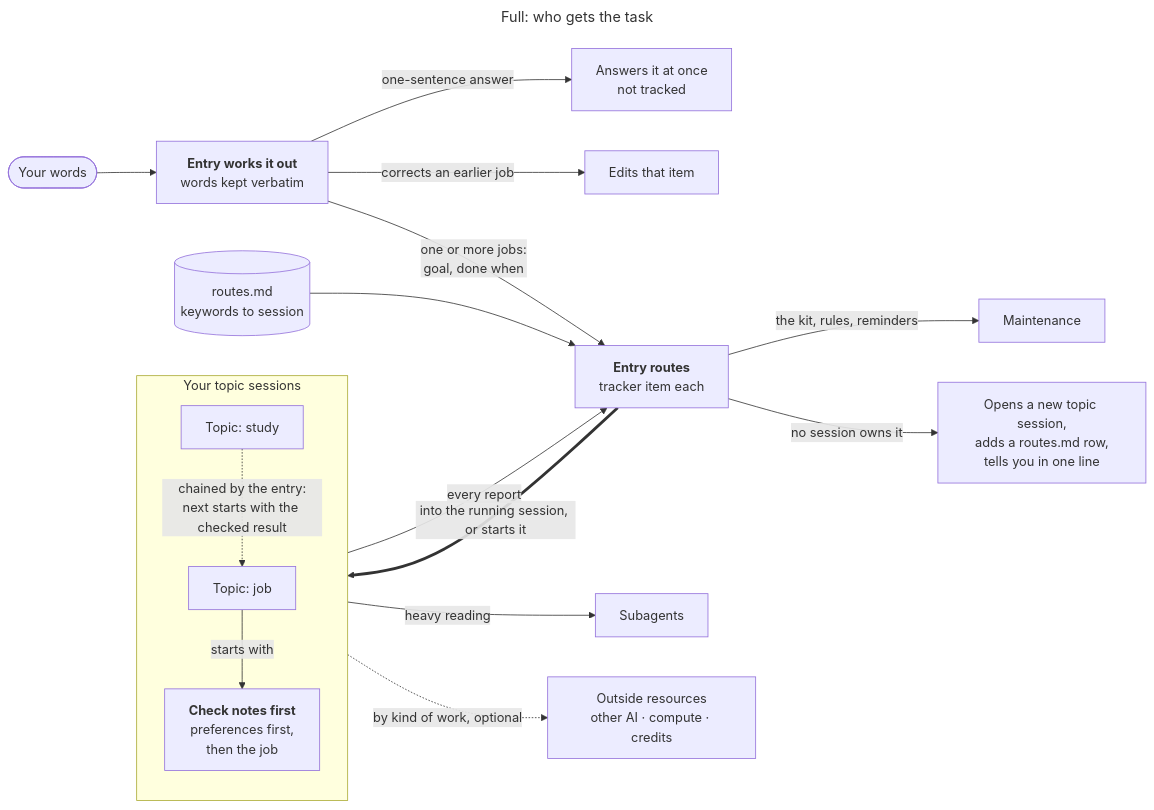
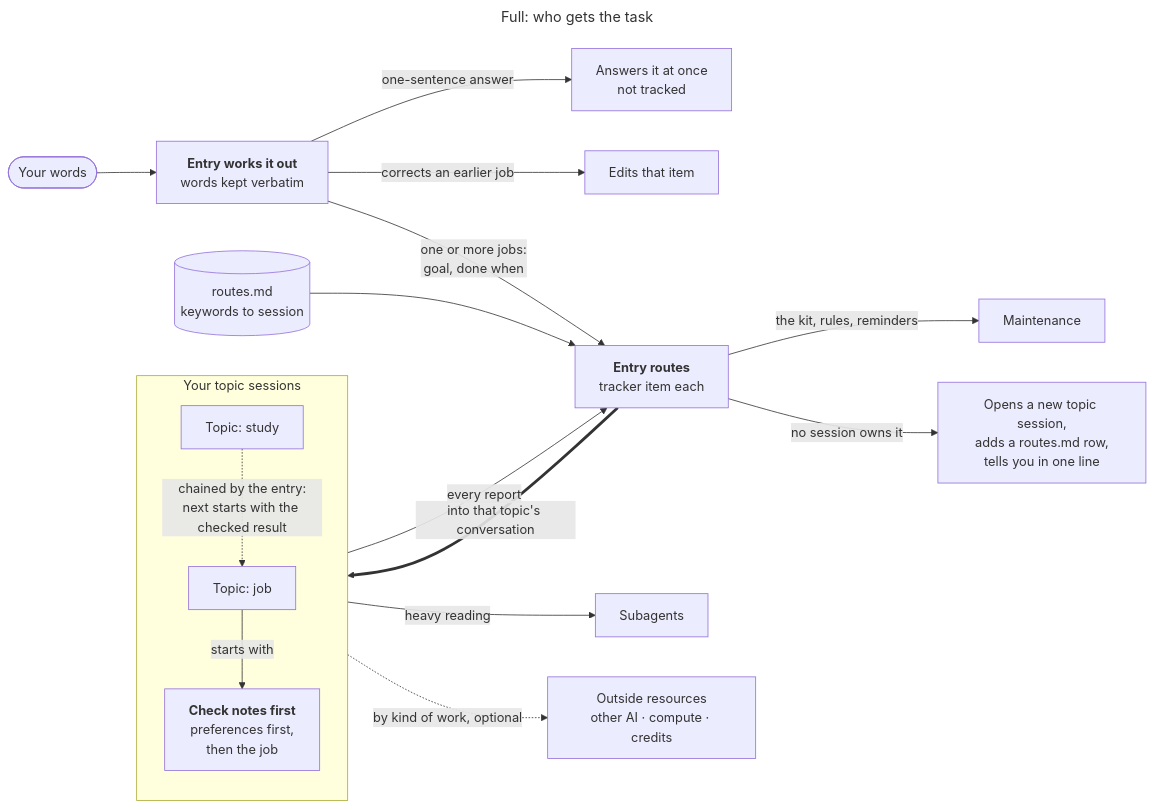
Before and after one commit to 0Smallcat0/second-brain-kit: the third of 6 diagrams in docs/ADVANCED.md, drawn with Mermaid. The commit also changed other lines of this file and 47 other files, not shown here.

````diff
--- a/docs/ADVANCED.md
+++ b/docs/ADVANCED.md
@@ -161,21 +161,21 @@
 ```mermaid
 ---
 title: "Full: who gets the task"
 ---
 flowchart LR
   R(["Your words"]) --> P["<b>Entry works it out</b><br/>words kept verbatim"]
   P -->|one-sentence answer| Q["Answers it at once<br/>not tracked"]
   P -->|corrects an earlier job| U["Edits that item"]
   P -->|"one or more jobs:<br/>goal, done when"| E["<b>Entry routes</b><br/>tracker item each"]
   T[("routes.md<br/>keywords to session")] --> E
   E -->|the kit, rules, reminders| M["Maintenance"]
   E -->|no session owns it| NT["Opens a new topic session,<br/>adds a routes.md row,<br/>tells you in one line"]
-  E ==>|into the running session, or starts it| Topics
+  E ==>|into that topic's conversation| Topics
   subgraph Topics["Your topic sessions"]
     TA["Topic: study"] -.->|"chained by the entry:<br/>next starts with the checked result"| TB["Topic: job"]
     TB -->|starts with| CK["<b>Check notes first</b><br/>preferences first,<br/>then the job"]
   end
   Topics -->|every report| E
   Topics -->|heavy reading| S["Subagents"]
   Topics -.->|by kind of work, optional| W["Outside resources<br/>other AI · compute · credits"]
 ```
````
